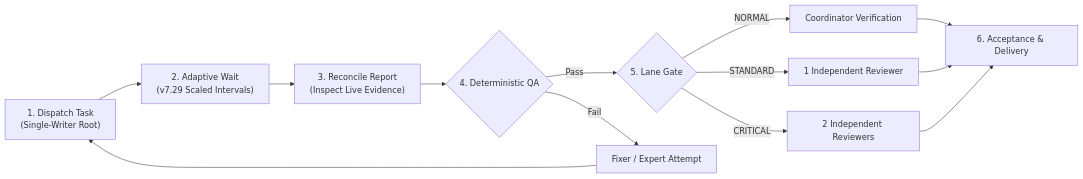
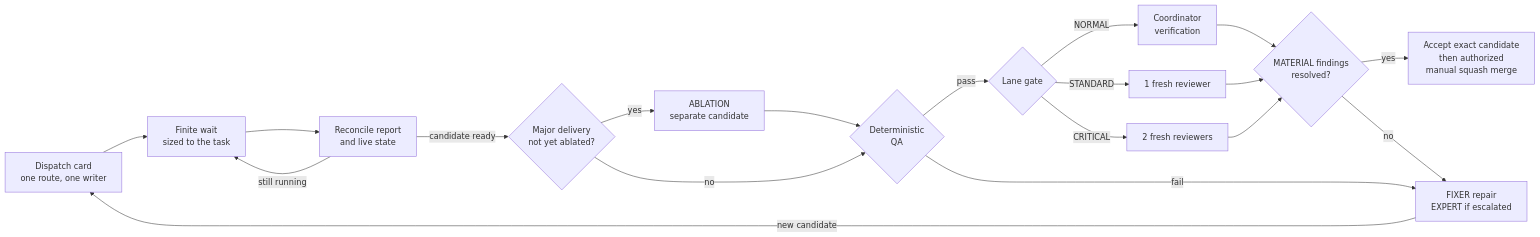
The second of 3 diagrams in README.md (minqiyang/coordination-standard), drawn with Mermaid before and after one commit. The commit also changed other lines of this file and 9 other files, not shown here.

````diff
--- a/README.md
+++ b/README.md
@@ -73,15 +56,21 @@
 ```mermaid
 flowchart LR
-    A["1. Dispatch Task\n(Single-Writer Root)"] --> B["2. Adaptive Wait\n(v7.29 Scaled Intervals)"]
-    B --> C["3. Reconcile Report\n(Inspect Live Evidence)"]
-    C --> D{"4. Deterministic QA"}
-    D -->|"Pass"| E{"5. Lane Gate"}
-    D -->|"Fail"| F["Fixer / Expert Attempt"]
-    F --> A
-    E -->|"NORMAL"| G["Coordinator Verification"]
-    E -->|"STANDARD"| H["1 Independent Reviewer"]
-    E -->|"CRITICAL"| I["2 Independent Reviewers"]
-    G --> J["6. Acceptance & Delivery"]
-    H --> J
-    I --> J
+    A["Dispatch card<br/>one route, one writer"] --> B["Finite wait<br/>sized to the task"]
+    B --> C["Reconcile report<br/>and live state"]
+    C -->|"still running"| B
+    C -->|"candidate ready"| M{"Major delivery<br/>not yet ablated?"}
+    M -->|"yes"| AB["ABLATION<br/>separate candidate"]
+    M -->|"no"| D{"Deterministic<br/>QA"}
+    AB --> D
+    D -->|"pass"| E{"Lane gate"}
+    E -->|"NORMAL"| G["Coordinator<br/>verification"]
+    E -->|"STANDARD"| H["1 fresh reviewer"]
+    E -->|"CRITICAL"| I["2 fresh reviewers"]
+    G --> X{"MATERIAL findings<br/>resolved?"}
+    H --> X
+    I --> X
+    X -->|"yes"| J["Accept exact candidate<br/>then authorized<br/>manual squash merge"]
+    D -->|"fail"| F["FIXER repair<br/>EXPERT if escalated"]
+    X -->|"no"| F
+    F -->|"new candidate"| A
 ```
````
